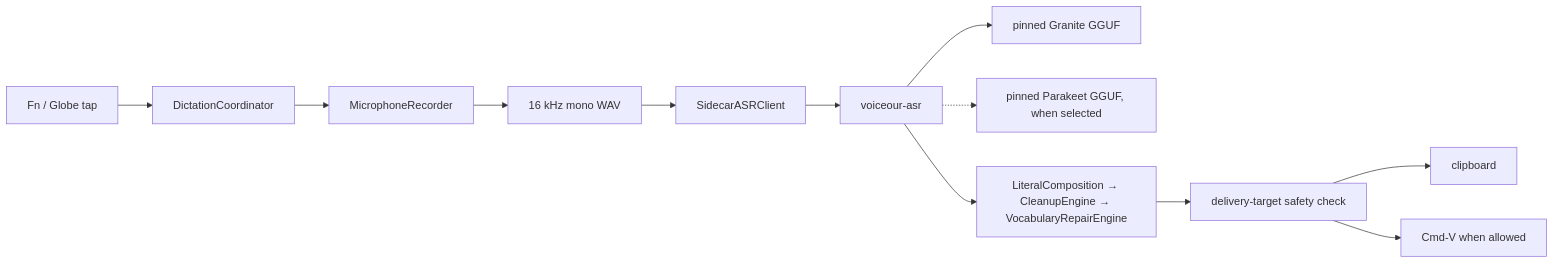
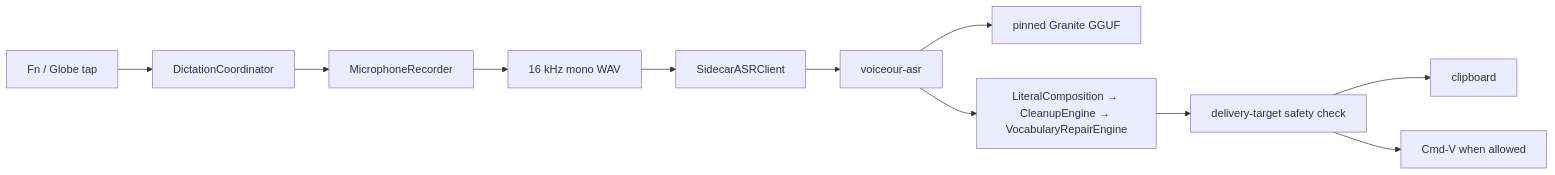
Before and after one commit to joswha/voiceour: the diagram in README.md, drawn with Mermaid. The commit also changed other lines of this file and 240 other files, not shown here.

````diff
--- a/README.md
+++ b/README.md
@@ -98,14 +98,13 @@
 ```mermaid
 flowchart LR
     Hotkey[Fn / Globe tap] --> Coordinator[DictationCoordinator]
     Coordinator --> Recorder[MicrophoneRecorder]
     Recorder --> WAV[16 kHz mono WAV]
     WAV --> Client[SidecarASRClient]
     Client --> Sidecar[voiceour-asr]
     Sidecar --> Granite[pinned Granite GGUF]
-    Sidecar -.-> Parakeet[pinned Parakeet GGUF, when selected]
     Sidecar --> Text[LiteralComposition → CleanupEngine → VocabularyRepairEngine]
     Text --> Safety[delivery-target safety check]
     Safety --> Clipboard[clipboard]
     Safety --> Paste[Cmd-V when allowed]
 ```
````
